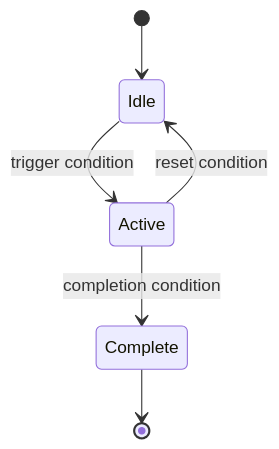
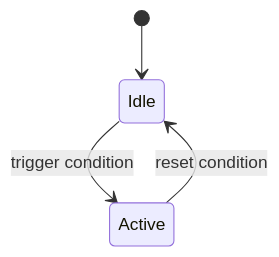
One commit to PurdueSIGGD/SIGGD-Docs changed the second of 2 diagrams in docs/contributing/templates/system-template.md. Above: the diagram before and after it, drawn with Mermaid. The commit also changed other lines of this file and 41 other files, not shown here.

````diff
--- a/docs/contributing/templates/system-template.md
+++ b/docs/contributing/templates/system-template.md
@@ -30,8 +58,6 @@
 ```mermaid
 stateDiagram-v2
     [*] --> Idle
     Idle --> Active : trigger condition
     Active --> Idle : reset condition
-    Active --> Complete : completion condition
-    Complete --> [*]
 ```
````
